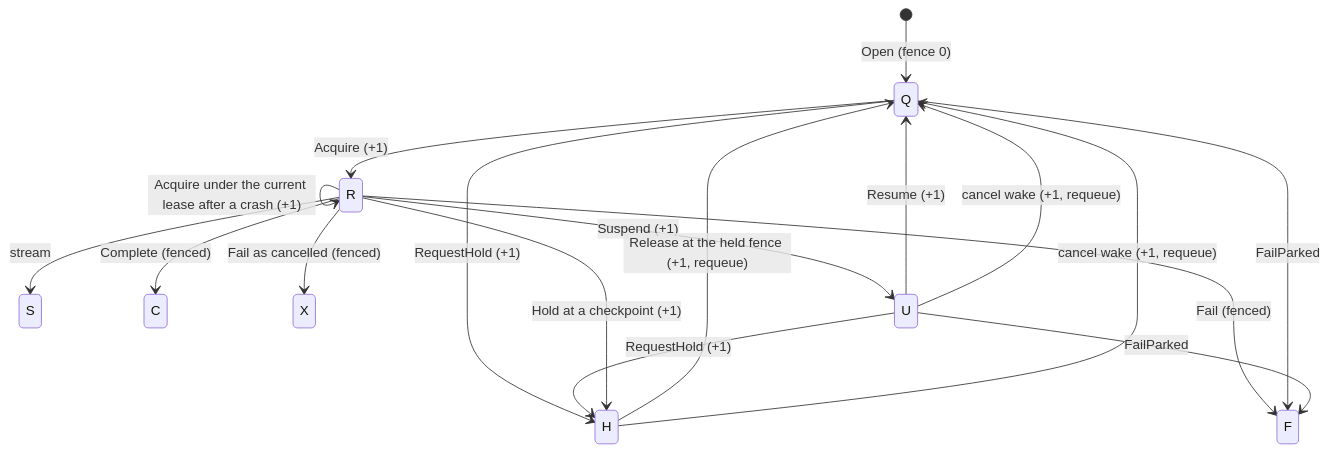
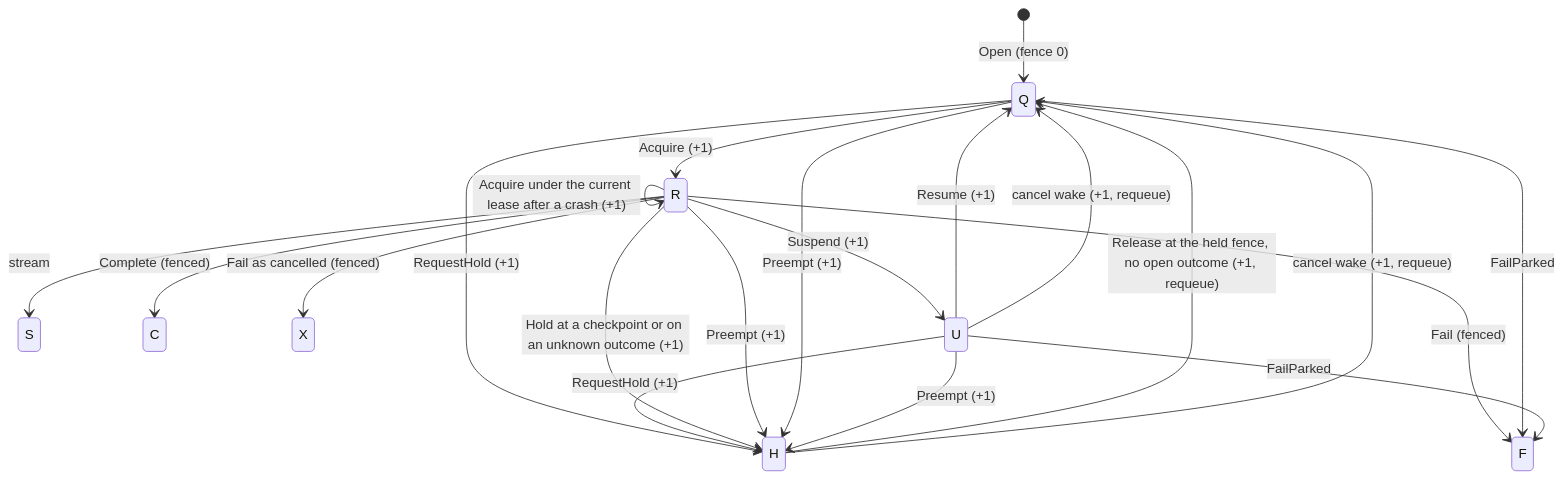
One commit to nauticana/scout changed the first of 2 diagrams in doc/persistence.md. Above: the diagram before and after it, drawn with Mermaid. The commit also changed other lines of this file and 110 other files, not shown here.

````diff
--- a/doc/persistence.md
+++ b/doc/persistence.md
@@ -77,20 +93,23 @@
 ```mermaid
 stateDiagram-v2
     [*] --> Q: Open (fence 0)
     Q --> R: Acquire (+1)
     R --> R: Acquire under the current lease after a crash (+1)
     R --> S: stream
     R --> U: Suspend (+1)
     U --> Q: Resume (+1)
     Q --> H: RequestHold (+1)
     U --> H: RequestHold (+1)
-    R --> H: Hold at a checkpoint (+1)
-    H --> Q: Release at the held fence (+1, requeue)
+    R --> H: Hold at a checkpoint or on an unknown outcome (+1)
+    R --> H: Preempt (+1)
+    Q --> H: Preempt (+1)
+    U --> H: Preempt (+1)
+    H --> Q: Release at the held fence, no open outcome (+1, requeue)
     H --> Q: cancel wake (+1, requeue)
     U --> Q: cancel wake (+1, requeue)
     R --> C: Complete (fenced)
     R --> F: Fail (fenced)
     R --> X: Fail as cancelled (fenced)
     Q --> F: FailParked
     U --> F: FailParked
 ```
````
